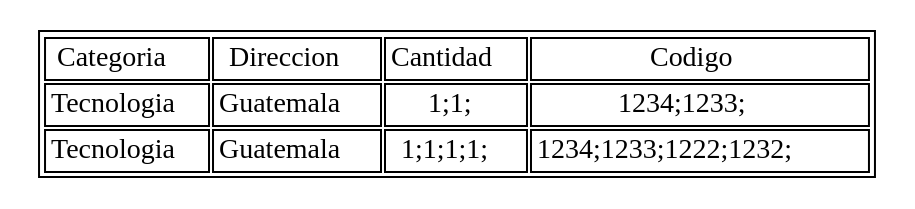
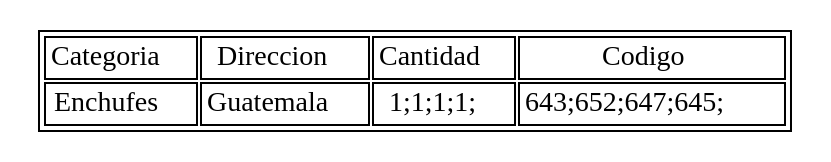
One commit to DiegoPabloPA/EDD_VirtualMall_201900226 changed the diagram in Proyecto1/ReporteDia.dot. Above: the diagram before and after it, drawn with Graphviz. The commit also changed 29 other files, not shown here.

```diff
--- a/Proyecto1/ReporteDia.dot
+++ b/Proyecto1/ReporteDia.dot
@@ -1,32 +1,20 @@
 digraph dot{
 n[shape=none label=<<table><tr>
 <td>Categoria</td>
 <td>Direccion</td>
 <td>Cantidad</td>
 <td>Codigo</td>
 </tr>
 <tr>
 <td>
-Tecnologia</td>
-<td>
-Guatemala</td>
-<td>
-1;1;</td>
-<td>
-1234;1233;</td>
-
-</tr>
-
-<tr>
-<td>
-Tecnologia</td>
+Enchufes</td>
 <td>
 Guatemala</td>
 <td>
 1;1;1;1;</td>
 <td>
-1234;1233;1222;1232;</td>
+643;652;647;645;</td>
 
 </tr>
 </table>>];
 }
```
